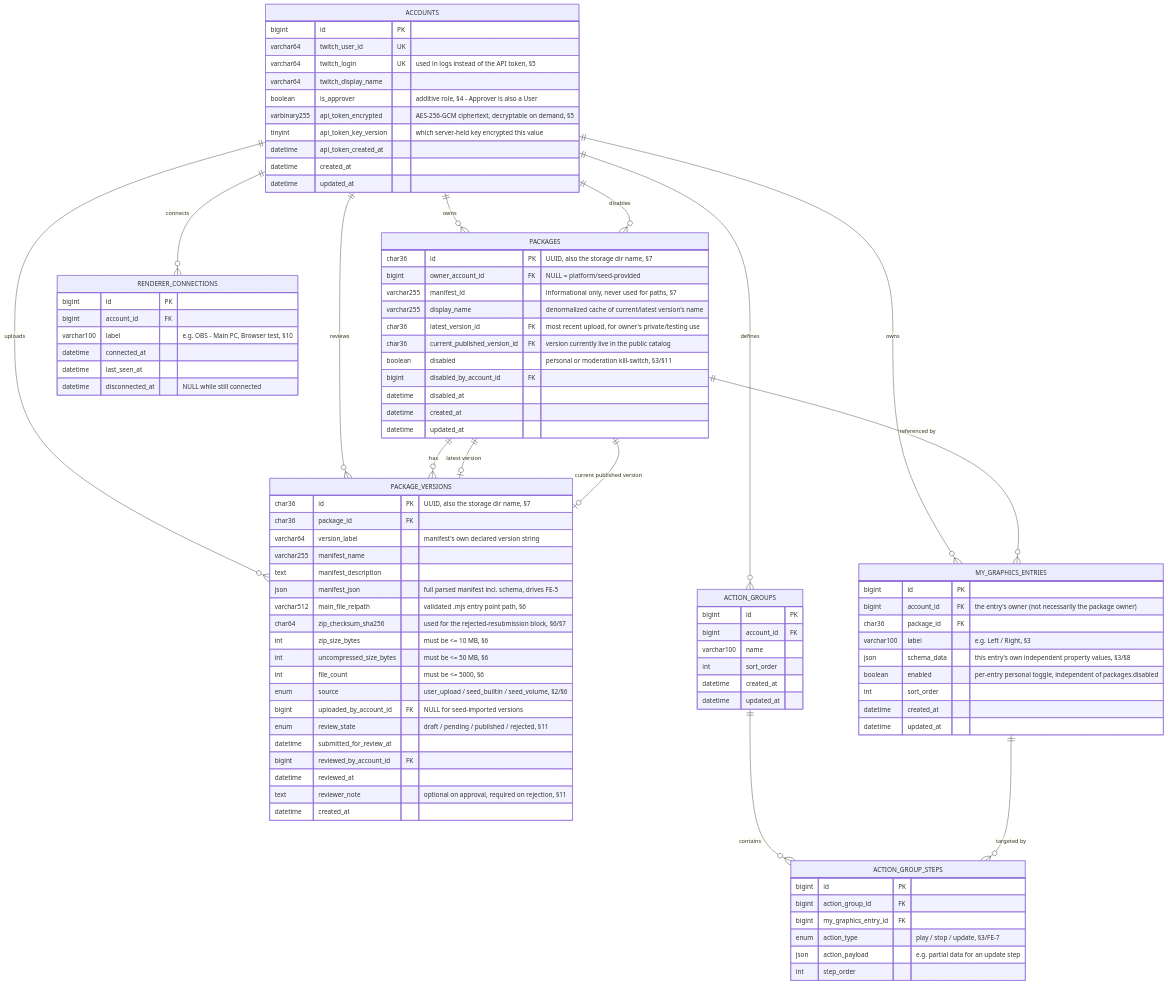
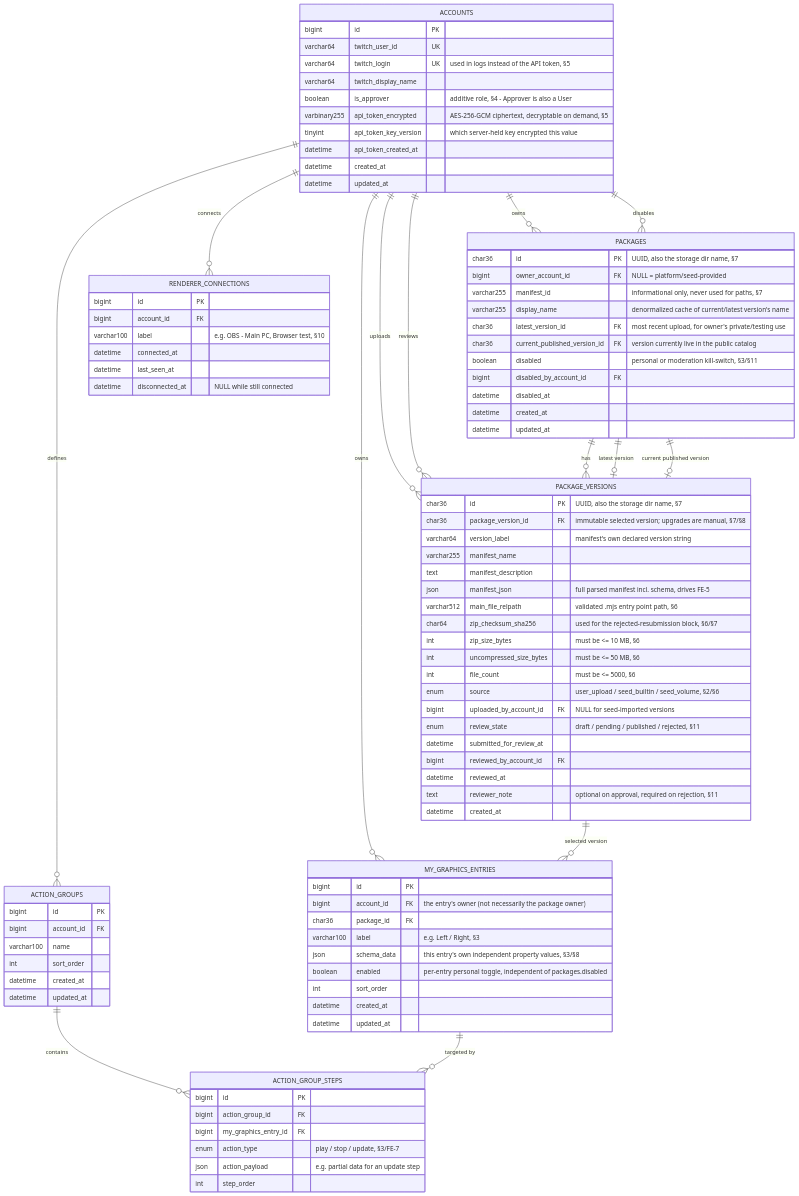
The diagram in ograf-schema.mermaid (JeLuF/grafonaut), drawn with Mermaid before and after one commit. The commit also changed 19 other files, not shown here.

```diff
--- a/ograf-schema.mermaid
+++ b/ograf-schema.mermaid
@@ -1,102 +1,102 @@
 erDiagram
     ACCOUNTS {
         bigint id PK
         varchar64 twitch_user_id UK
         varchar64 twitch_login UK "used in logs instead of the API token, §5"
         varchar64 twitch_display_name
         boolean is_approver "additive role, §4 - Approver is also a User"
         varbinary255 api_token_encrypted "AES-256-GCM ciphertext, decryptable on demand, §5"
         tinyint api_token_key_version "which server-held key encrypted this value"
         datetime api_token_created_at
         datetime created_at
         datetime updated_at
     }
 
     PACKAGES {
         char36 id PK "UUID, also the storage dir name, §7"
         bigint owner_account_id FK "NULL = platform/seed-provided"
         varchar255 manifest_id "informational only, never used for paths, §7"
         varchar255 display_name "denormalized cache of current/latest version's name"
         char36 latest_version_id FK "most recent upload, for owner's private/testing use"
         char36 current_published_version_id FK "version currently live in the public catalog"
         boolean disabled "personal or moderation kill-switch, §3/§11"
         bigint disabled_by_account_id FK
         datetime disabled_at
         datetime created_at
         datetime updated_at
     }
 
     PACKAGE_VERSIONS {
         char36 id PK "UUID, also the storage dir name, §7"
-        char36 package_id FK
+        char36 package_version_id FK "immutable selected version; upgrades are manual, §7/§8"
         varchar64 version_label "manifest's own declared version string"
         varchar255 manifest_name
         text manifest_description
         json manifest_json "full parsed manifest incl. schema, drives FE-5"
         varchar512 main_file_relpath "validated .mjs entry point path, §6"
         char64 zip_checksum_sha256 "used for the rejected-resubmission block, §6/§7"
         int zip_size_bytes "must be <= 10 MB, §6"
         int uncompressed_size_bytes "must be <= 50 MB, §6"
         int file_count "must be <= 5000, §6"
         enum source "user_upload / seed_builtin / seed_volume, §2/§6"
         bigint uploaded_by_account_id FK "NULL for seed-imported versions"
         enum review_state "draft / pending / published / rejected, §11"
         datetime submitted_for_review_at
         bigint reviewed_by_account_id FK
         datetime reviewed_at
         text reviewer_note "optional on approval, required on rejection, §11"
         datetime created_at
     }
 
     MY_GRAPHICS_ENTRIES {
         bigint id PK
         bigint account_id FK "the entry's owner (not necessarily the package owner)"
         char36 package_id FK
         varchar100 label "e.g. Left / Right, §3"
         json schema_data "this entry's own independent property values, §3/§8"
         boolean enabled "per-entry personal toggle, independent of packages.disabled"
         int sort_order
         datetime created_at
         datetime updated_at
     }
 
     ACTION_GROUPS {
         bigint id PK
         bigint account_id FK
         varchar100 name
         int sort_order
         datetime created_at
         datetime updated_at
     }
 
     ACTION_GROUP_STEPS {
         bigint id PK
         bigint action_group_id FK
         bigint my_graphics_entry_id FK
         enum action_type "play / stop / update, §3/FE-7"
         json action_payload "e.g. partial data for an update step"
         int step_order
     }
 
     RENDERER_CONNECTIONS {
         bigint id PK
         bigint account_id FK
         varchar100 label "e.g. OBS - Main PC, Browser test, §10"
         datetime connected_at
         datetime last_seen_at
         datetime disconnected_at "NULL while still connected"
     }
 
     ACCOUNTS ||--o{ PACKAGES : owns
     ACCOUNTS ||--o{ PACKAGES : disables
     ACCOUNTS ||--o{ PACKAGE_VERSIONS : uploads
     ACCOUNTS ||--o{ PACKAGE_VERSIONS : reviews
     PACKAGES ||--o{ PACKAGE_VERSIONS : has
     PACKAGES ||--o| PACKAGE_VERSIONS : "latest version"
     PACKAGES ||--o| PACKAGE_VERSIONS : "current published version"
     ACCOUNTS ||--o{ MY_GRAPHICS_ENTRIES : owns
-    PACKAGES ||--o{ MY_GRAPHICS_ENTRIES : "referenced by"
+    PACKAGE_VERSIONS ||--o{ MY_GRAPHICS_ENTRIES : "selected version"
     ACCOUNTS ||--o{ ACTION_GROUPS : defines
     ACTION_GROUPS ||--o{ ACTION_GROUP_STEPS : contains
     MY_GRAPHICS_ENTRIES ||--o{ ACTION_GROUP_STEPS : "targeted by"
     ACCOUNTS ||--o{ RENDERER_CONNECTIONS : connects
```
